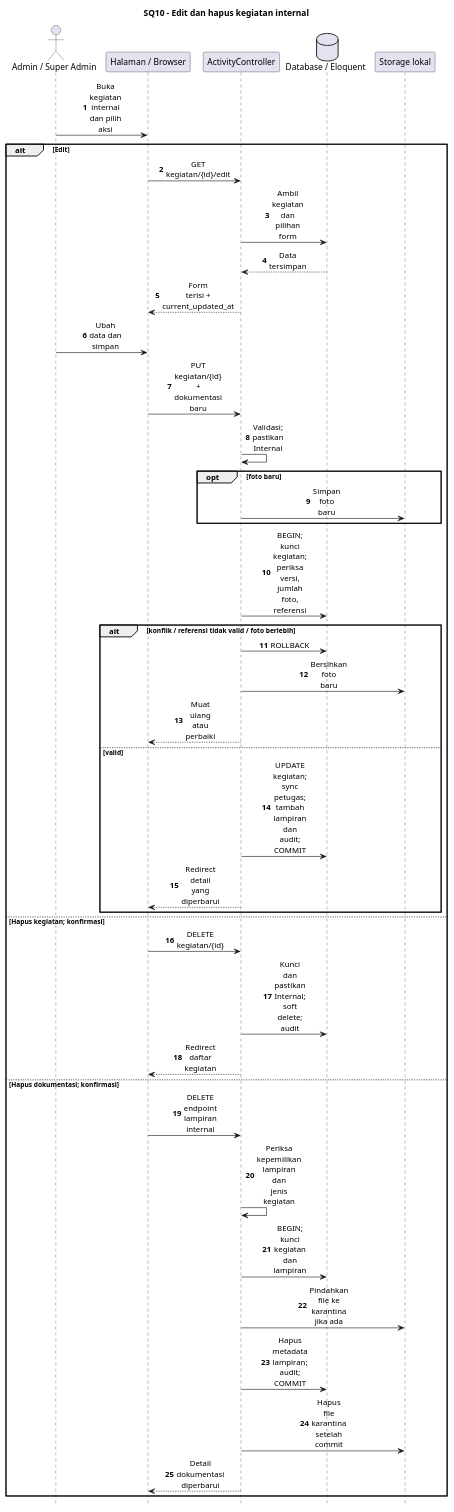
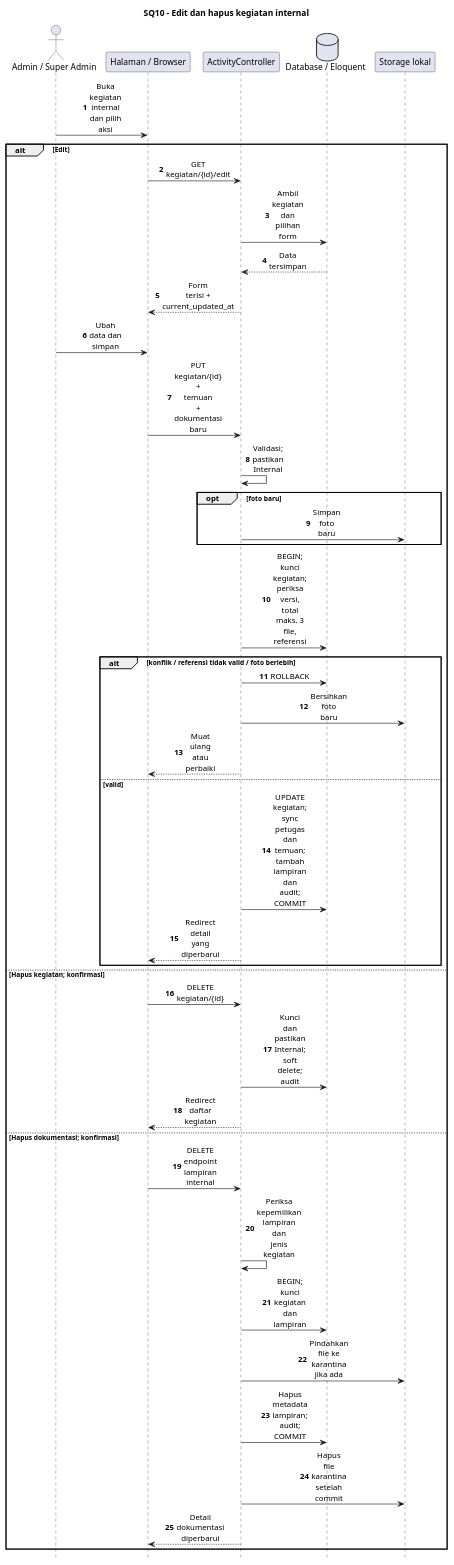
Before and after one commit to Samuel-smr/Satpolpp: the tenth of 21 diagrams in docs/SIPRAJA-sequence.puml, drawn with PlantUML. The commit also changed other lines of this file and 33 other files, not shown here.

```diff
--- a/docs/SIPRAJA-sequence.puml
+++ b/docs/SIPRAJA-sequence.puml
@@ -343,47 +345,47 @@
 @startuml SQ10
 title SQ10 - Edit dan hapus kegiatan internal
 hide footbox
 skinparam shadowing false
 skinparam sequenceMessageAlign center
 skinparam maxMessageSize 55
 autonumber
 actor "Admin / Super Admin" as A
 participant "Halaman / Browser" as B
 participant "ActivityController" as C
 database "Database / Eloquent" as D
 participant "Storage lokal" as F
 A -> B : Buka kegiatan internal dan pilih aksi
 alt Edit
 B -> C : GET kegiatan/{id}/edit
 C -> D : Ambil kegiatan dan pilihan form
 D --> C : Data tersimpan
 C --> B : Form terisi + current_updated_at
 A -> B : Ubah data dan simpan
-B -> C : PUT kegiatan/{id} + dokumentasi baru
+B -> C : PUT kegiatan/{id} + temuan + dokumentasi baru
 C -> C : Validasi; pastikan Internal
 opt foto baru
 C -> F : Simpan foto baru
 end
-C -> D : BEGIN; kunci kegiatan; periksa versi, jumlah foto, referensi
+C -> D : BEGIN; kunci kegiatan; periksa versi, total maks. 3 file, referensi
 alt konflik / referensi tidak valid / foto berlebih
 C -> D : ROLLBACK
 C -> F : Bersihkan foto baru
 C --> B : Muat ulang atau perbaiki
 else valid
-C -> D : UPDATE kegiatan; sync petugas; tambah lampiran dan audit; COMMIT
+C -> D : UPDATE kegiatan; sync petugas dan temuan; tambah lampiran dan audit; COMMIT
 C --> B : Redirect detail yang diperbarui
 end
 else Hapus kegiatan; konfirmasi
 B -> C : DELETE kegiatan/{id}
 C -> D : Kunci dan pastikan Internal; soft delete; audit
 C --> B : Redirect daftar kegiatan
 else Hapus dokumentasi; konfirmasi
 B -> C : DELETE endpoint lampiran internal
 C -> C : Periksa kepemilikan lampiran dan jenis kegiatan
 C -> D : BEGIN; kunci kegiatan dan lampiran
 C -> F : Pindahkan file ke karantina jika ada
 C -> D : Hapus metadata lampiran; audit; COMMIT
 C -> F : Hapus file karantina setelah commit
 C --> B : Detail dokumentasi diperbarui
 end
 @enduml
```
